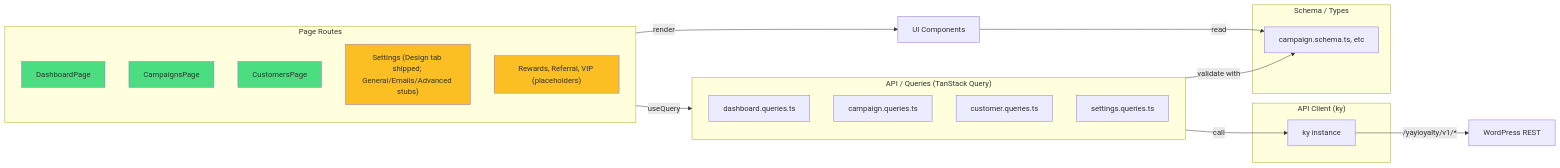
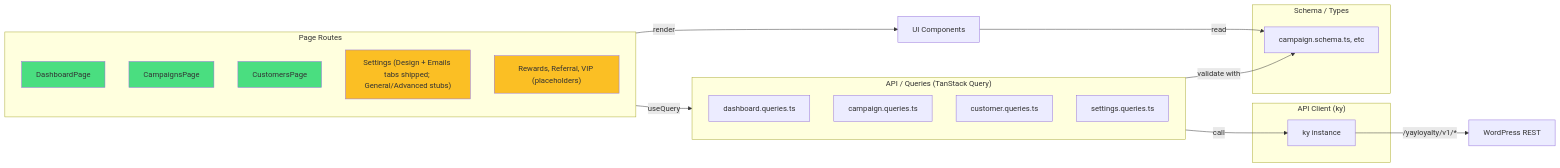
Before and after one commit to YayCommerce/YayLoyalty: the second of 3 diagrams in docs/system-architecture.md, drawn with Mermaid. The commit also changed other lines of this file and 17 other files, not shown here.

````diff
--- a/docs/system-architecture.md
+++ b/docs/system-architecture.md
@@ -94,39 +95,39 @@
 ```mermaid
 flowchart LR
     subgraph Pages["Page Routes"]
         Dash["DashboardPage"]
         Camp["CampaignsPage"]
         Cust["CustomersPage"]
-        Set["Settings (Design tab shipped; General/Emails/Advanced stubs)"]
+        Set["Settings (Design + Emails tabs shipped; General/Advanced stubs)"]
         Other["Rewards, Referral, VIP (placeholders)"]
     end
 
     subgraph Queries["API / Queries (TanStack Query)"]
         DashQry["dashboard.queries.ts"]
         CampQry["campaign.queries.ts"]
         CustQry["customer.queries.ts"]
         SetQry["settings.queries.ts"]
     end
 
     subgraph API["API Client (ky)"]
         KyClient["ky instance"]
     end
 
     subgraph Schema["Schema / Types"]
         ZodSchema["campaign.schema.ts, etc"]
     end
 
     Pages -->|useQuery| Queries
     Queries -->|call| KyClient
     KyClient -->|/yayloyalty/v1/*| WordPress["WordPress REST"]
     Queries -->|validate with| ZodSchema
 
     Pages -->|render| Components["UI Components"]
     Components -->|read| ZodSchema
 
     style Dash fill:#4ade80
     style Camp fill:#4ade80
     style Cust fill:#4ade80
     style Set fill:#fbbf24
     style Other fill:#fbbf24
 ```
````
